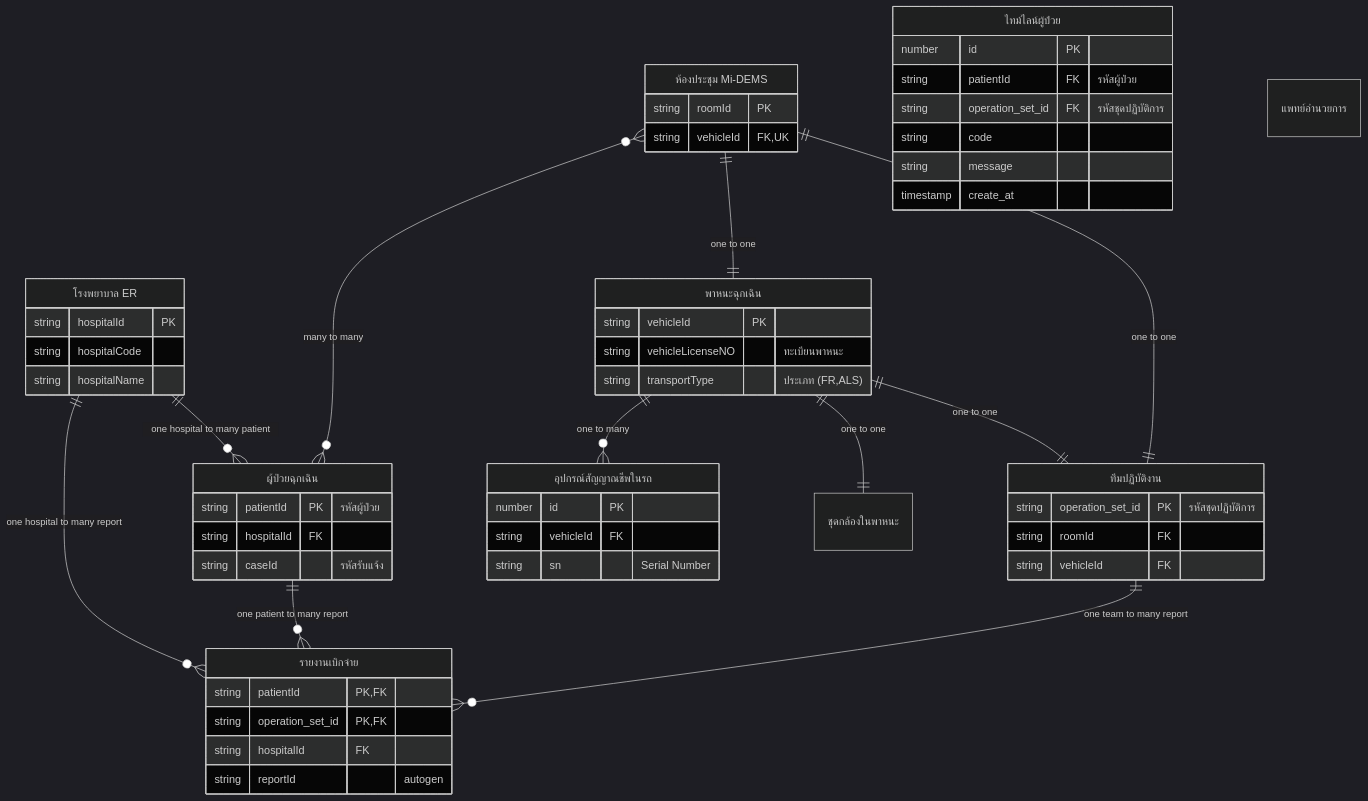
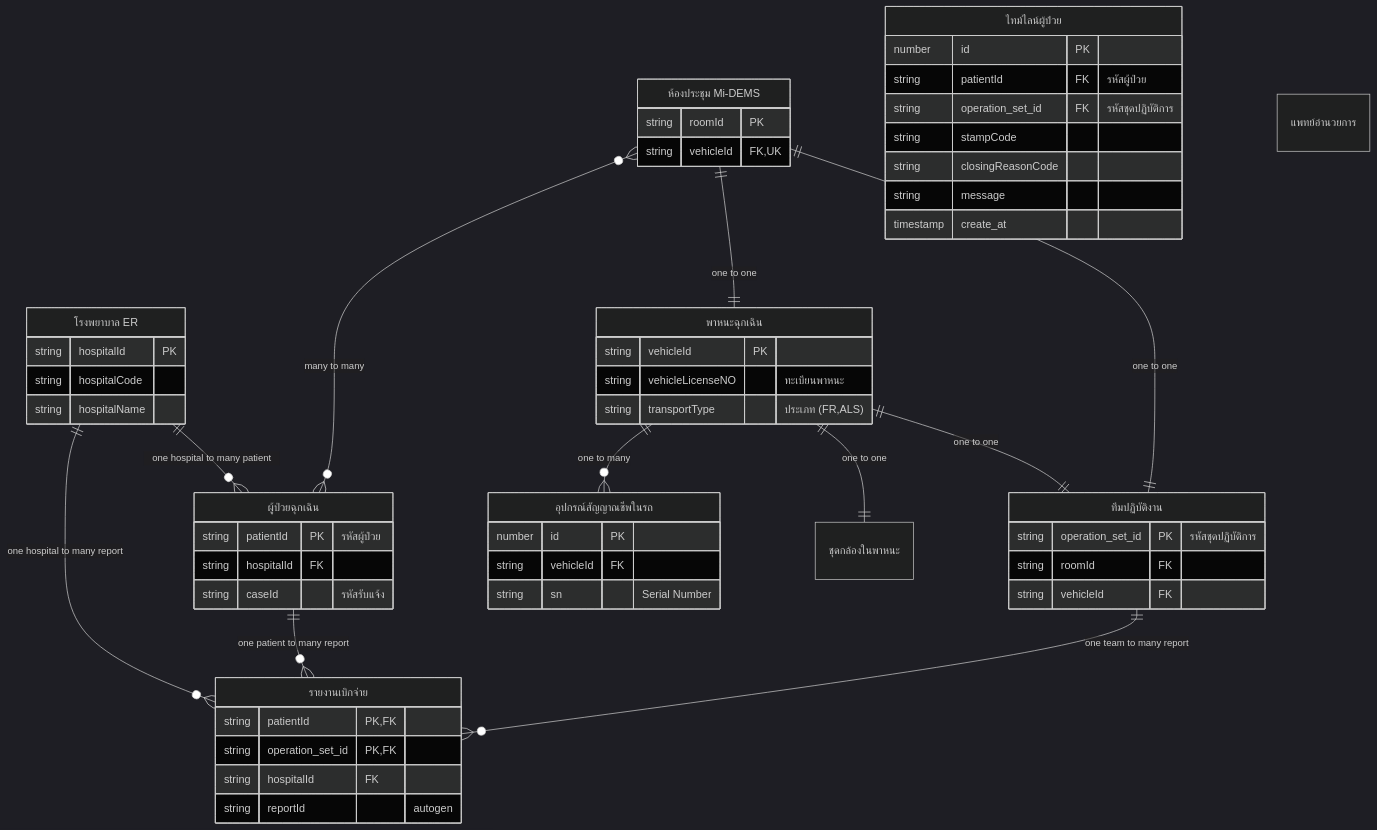
One commit to lionants02/Mi-DEMS changed the second of 3 diagrams in README.md. Above: the diagram before and after it, drawn with Mermaid (dark theme).

Commit message:
เพิ่มฟิว์ code ใน ER ไทม์ไลน์ผู้ป่วย

````diff
--- a/README.md
+++ b/README.md
@@ -62,66 +62,67 @@
 ```mermaid
 erDiagram
     ConferenceRoom["ห้องประชุม Mi-DEMS"]{
         string roomId PK
         string vehicleId FK,UK
     }
     Vehicle["พาหนะฉุกเฉิน"]{
         string vehicleId PK
         string vehicleLicenseNO "ทะเบียนพาหนะ"
         string transportType "ประเภท (FR,ALS)"
     }
 
     Patient["ผู้ป่วยฉุกเฉิน"]{
         string patientId PK "รหัสผู้ป่วย"
         string hospitalId FK
         string caseId "รหัสรับแจ้ง"
     }
     
     PatientTimeline["ไทม์ไลน์ผู้ป่วย"]{
         number id PK
         string patientId FK "รหัสผู้ป่วย"
         string operation_set_id FK "รหัสชุดปฏิบัติการ"
-        string code
+        string stampCode
+        string closingReasonCode
         string message
         timestamp create_at
     }
 
     Team["ทีมปฏิบัติงาน"]{
         string operation_set_id PK "รหัสชุดปฏิบัติการ"
         string roomId FK
         string vehicleId FK
     }
     VitalSign["อุปกรณ์สัญญาณชีพในรถ"]{
         number id PK
         string vehicleId FK
         string sn "Serial Number"
     }
     IPCam["ชุดกล้องในพาหนะ"]
     Report["รายงานเบิกจ่าย"]{
         string patientId PK,FK
         string operation_set_id PK,FK
         string hospitalId FK
         string reportId "autogen"
     }
     Hospital["โรงพยาบาล ER"]{
         string hospitalId PK
         string hospitalCode
         string hospitalName
     }
     Doctor["แพทย์อำนวยการ"]
 
     ConferenceRoom only one to one Vehicle :"one to one"
     ConferenceRoom many to many Patient: "many to many"
     ConferenceRoom only one to one Team: "one to one"
 
     Vehicle one to many VitalSign:"one to many"
     Vehicle one to one IPCam:"one to one"
     Vehicle one to one Team:"one to one"
 
     Team one to many Report: "one team to many report"
     Patient one to many Report: "one patient to many report"
 
     Hospital one to many Report: "one hospital to many report"
     Hospital one to many Patient: "one hospital to many patient"
 
 ```
````
